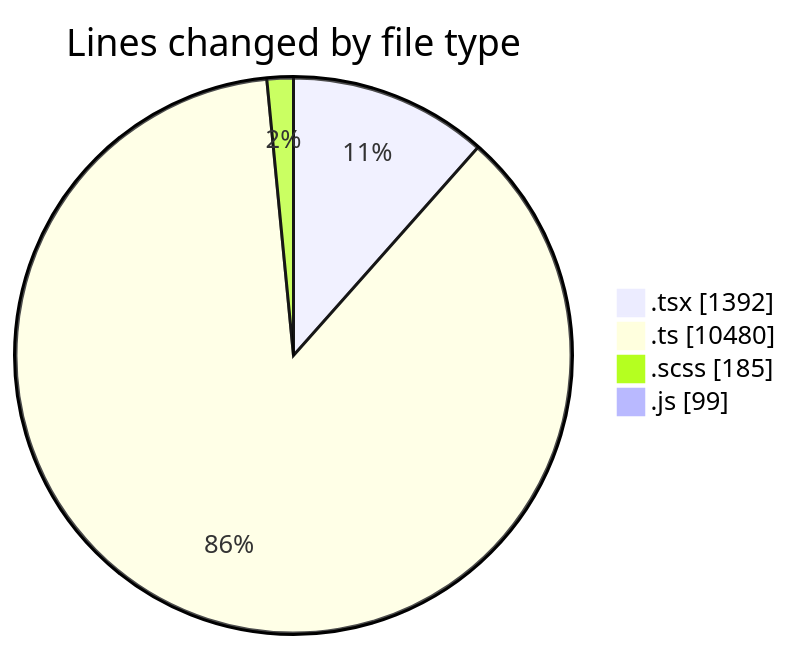
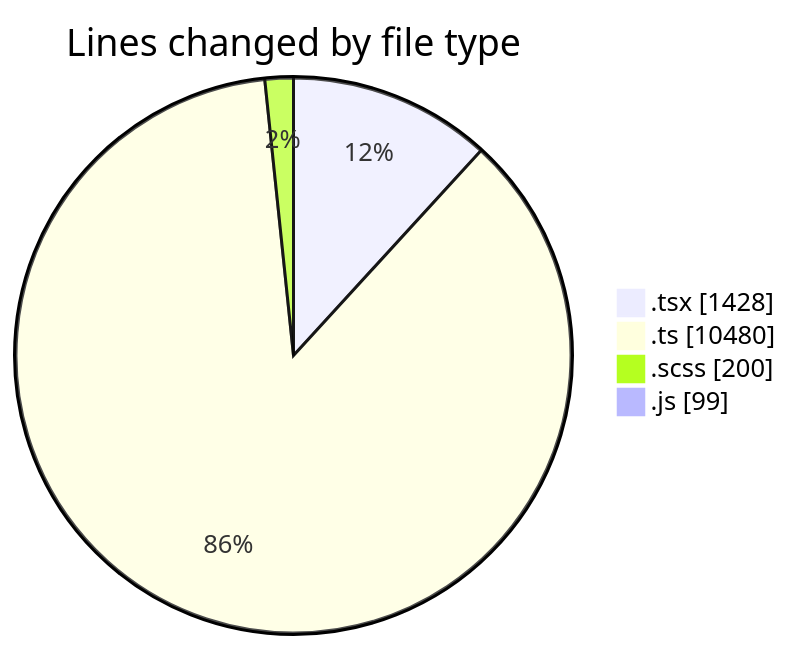
Before and after one commit to momahboobian/code-tracking: the first of 2 diagrams in 2025-03-26/cda/README.md, drawn with Mermaid. The commit also changed other lines of this file and 1 other file, not shown here.

````diff
--- a/2025-03-26/cda/README.md
+++ b/2025-03-26/cda/README.md
@@ -43,8 +43,8 @@
 ```mermaid
 pie showData
 title Lines changed by file type
-".tsx" : 1392
+".tsx" : 1428
 ".ts" : 10480
-".scss" : 185
+".scss" : 200
 ".js" : 99
 ```
````
